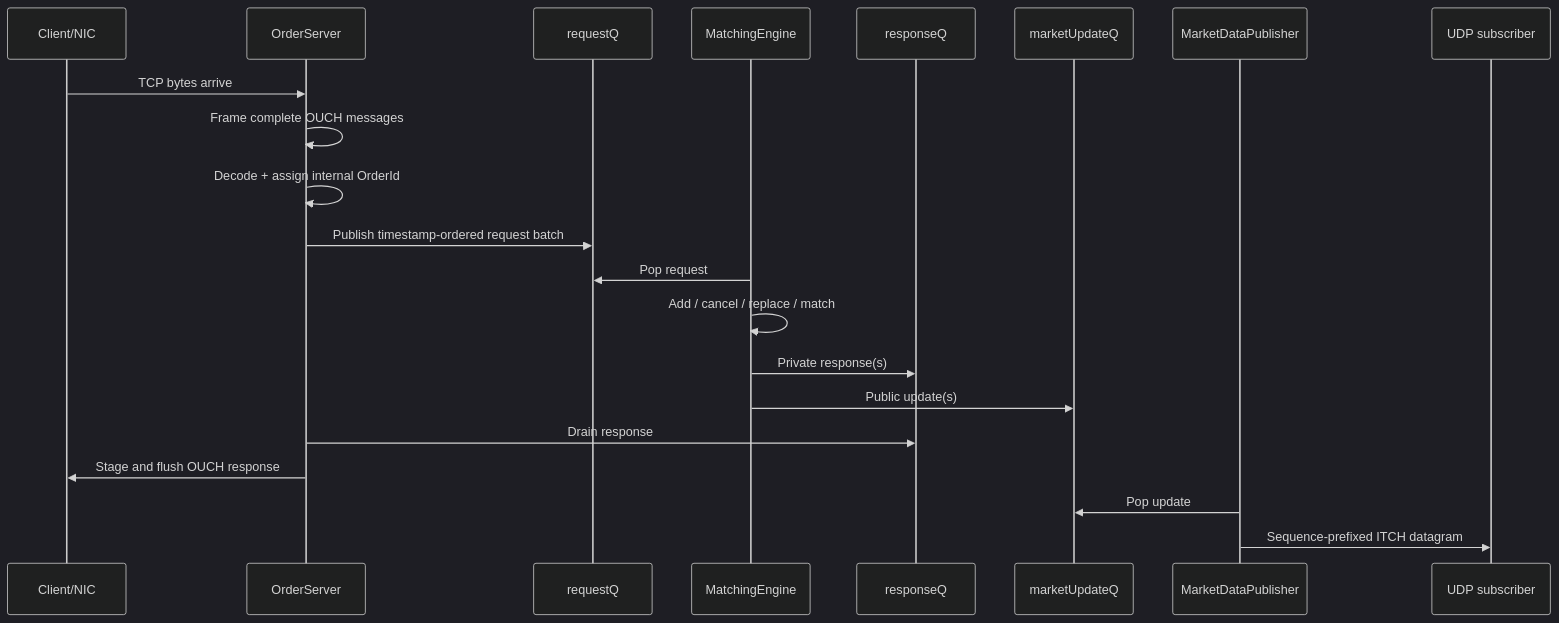
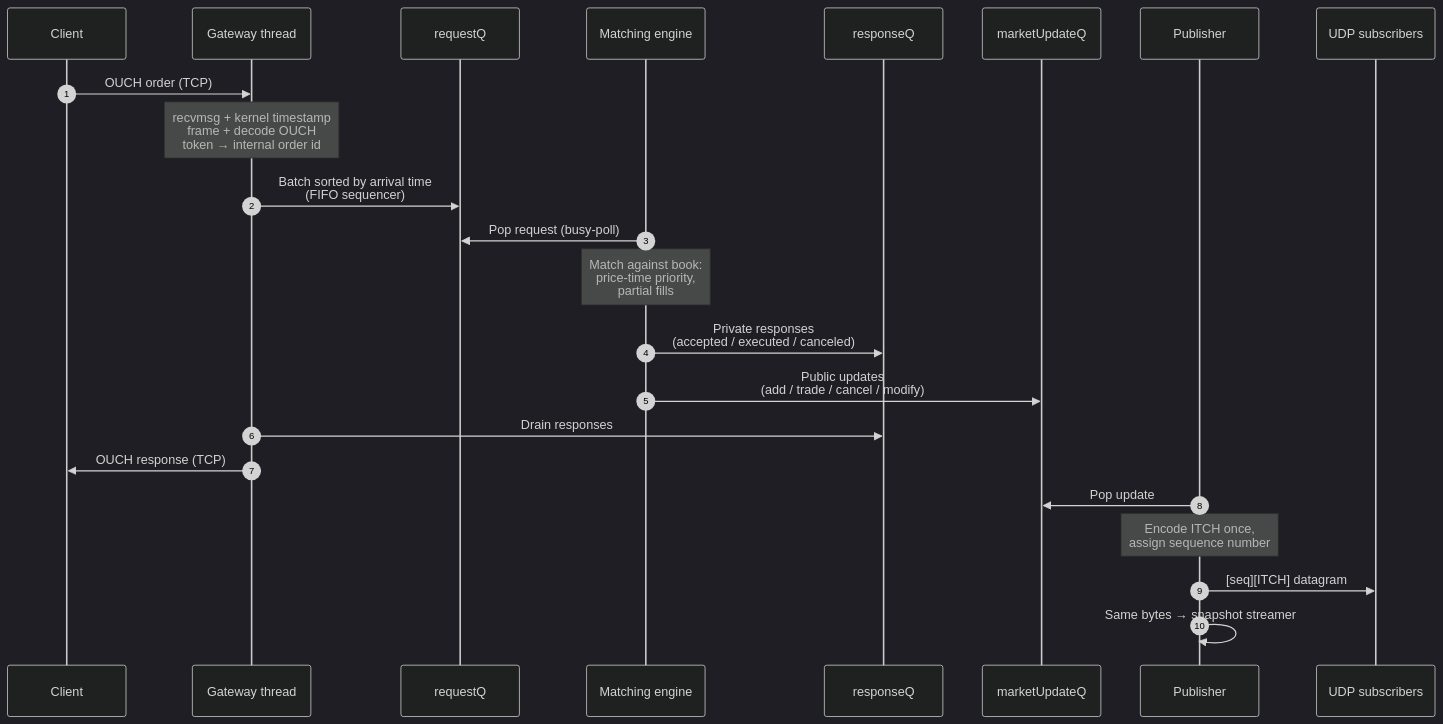
One commit to Yashwanth-1412/NanoExchange changed the diagram in README.md. Above: the diagram before and after it, drawn with Mermaid (dark theme). The commit also changed other lines of this file and 3 other files, not shown here.

````diff
--- a/README.md
+++ b/README.md
@@ -90,24 +43,26 @@
 ```mermaid
 sequenceDiagram
-    participant NIC as Client/NIC
-    participant GW as OrderServer
+    autonumber
+    participant C as Client
+    participant GW as Gateway thread
     participant RQ as requestQ
-    participant ME as MatchingEngine
+    participant ME as Matching engine
     participant RespQ as responseQ
-    participant MDQ as marketUpdateQ
-    participant PUB as MarketDataPublisher
-    participant UDP as UDP subscriber
+    participant MQ as marketUpdateQ
+    participant P as Publisher
+    participant U as UDP subscribers
 
-    NIC->>GW: TCP bytes arrive
-    GW->>GW: Frame complete OUCH messages
-    GW->>GW: Decode + assign internal OrderId
-    GW->>RQ: Publish timestamp-ordered request batch
-    ME->>RQ: Pop request
-    ME->>ME: Add / cancel / replace / match
-    ME->>RespQ: Private response(s)
-    ME->>MDQ: Public update(s)
-    GW->>RespQ: Drain response
-    GW->>NIC: Stage and flush OUCH response
-    PUB->>MDQ: Pop update
-    PUB->>UDP: Sequence-prefixed ITCH datagram
+    C->>GW: OUCH order (TCP)
+    Note over GW: recvmsg + kernel timestamp<br/>frame + decode OUCH<br/>token → internal order id
+    GW->>RQ: Batch sorted by arrival time<br/>(FIFO sequencer)
+    ME->>RQ: Pop request (busy-poll)
+    Note over ME: Match against book:<br/>price-time priority,<br/>partial fills
+    ME->>RespQ: Private responses<br/>(accepted / executed / canceled)
+    ME->>MQ: Public updates<br/>(add / trade / cancel / modify)
+    GW->>RespQ: Drain responses
+    GW->>C: OUCH response (TCP)
+    P->>MQ: Pop update
+    Note over P: Encode ITCH once,<br/>assign sequence number
+    P->>U: [seq][ITCH] datagram
+    P->>P: Same bytes → snapshot streamer
 ```
````
